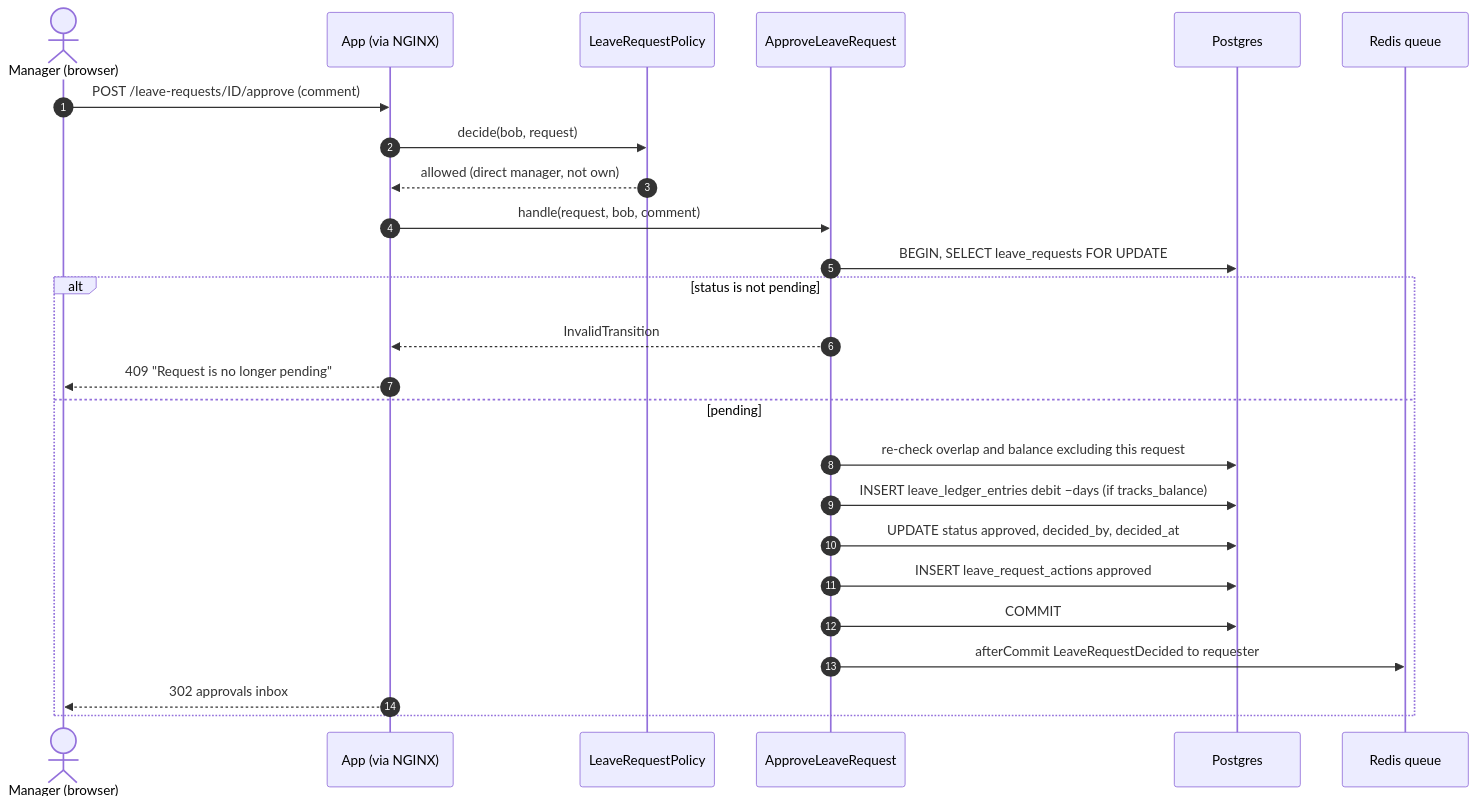
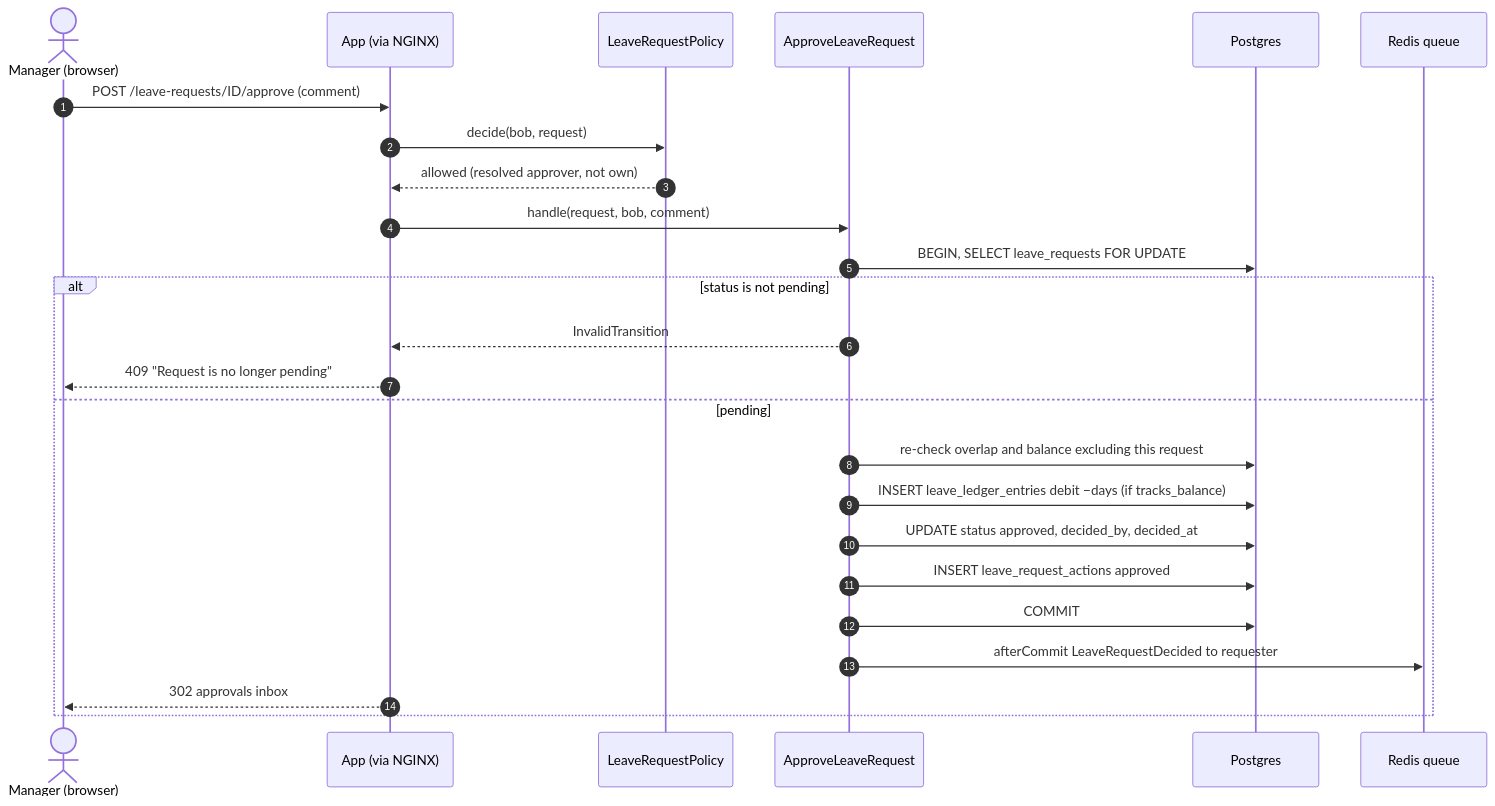
The fifth of 12 diagrams in docs/diagrams/06-sequence-diagrams.md (heyadityak/lms), drawn with Mermaid before and after one commit. The commit also changed 166 other files, not shown here.

````diff
--- a/docs/diagrams/06-sequence-diagrams.md
+++ b/docs/diagrams/06-sequence-diagrams.md
@@ -179,28 +179,28 @@
 ```mermaid
 sequenceDiagram
     autonumber
     actor B as Manager (browser)
     participant A as App (via NGINX)
     participant P as LeaveRequestPolicy
     participant AC as ApproveLeaveRequest
     participant DB as Postgres
     participant R as Redis queue
 
     B->>A: POST /leave-requests/ID/approve (comment)
     A->>P: decide(bob, request)
-    P-->>A: allowed (direct manager, not own)
+    P-->>A: allowed (resolved approver, not own)
     A->>AC: handle(request, bob, comment)
     AC->>DB: BEGIN, SELECT leave_requests FOR UPDATE
     alt status is not pending
         AC-->>A: InvalidTransition
         A-->>B: 409 "Request is no longer pending"
     else pending
         AC->>DB: re-check overlap and balance excluding this request
         AC->>DB: INSERT leave_ledger_entries debit −days (if tracks_balance)
         AC->>DB: UPDATE status approved, decided_by, decided_at
         AC->>DB: INSERT leave_request_actions approved
         AC->>DB: COMMIT
         AC->>R: afterCommit LeaveRequestDecided to requester
         A-->>B: 302 approvals inbox
     end
 ```
````
